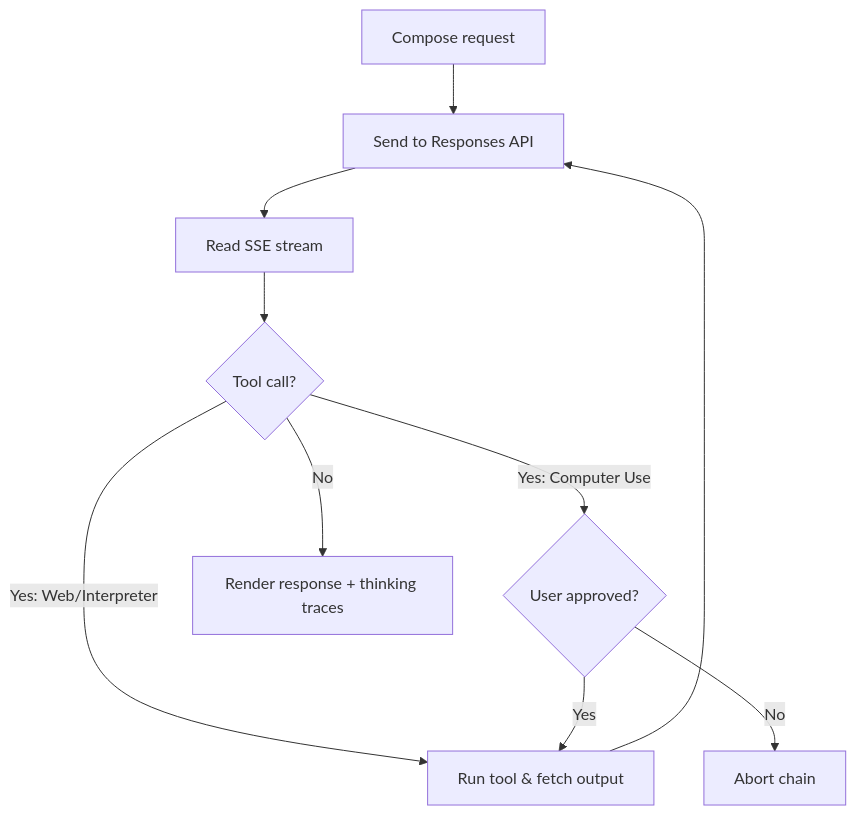
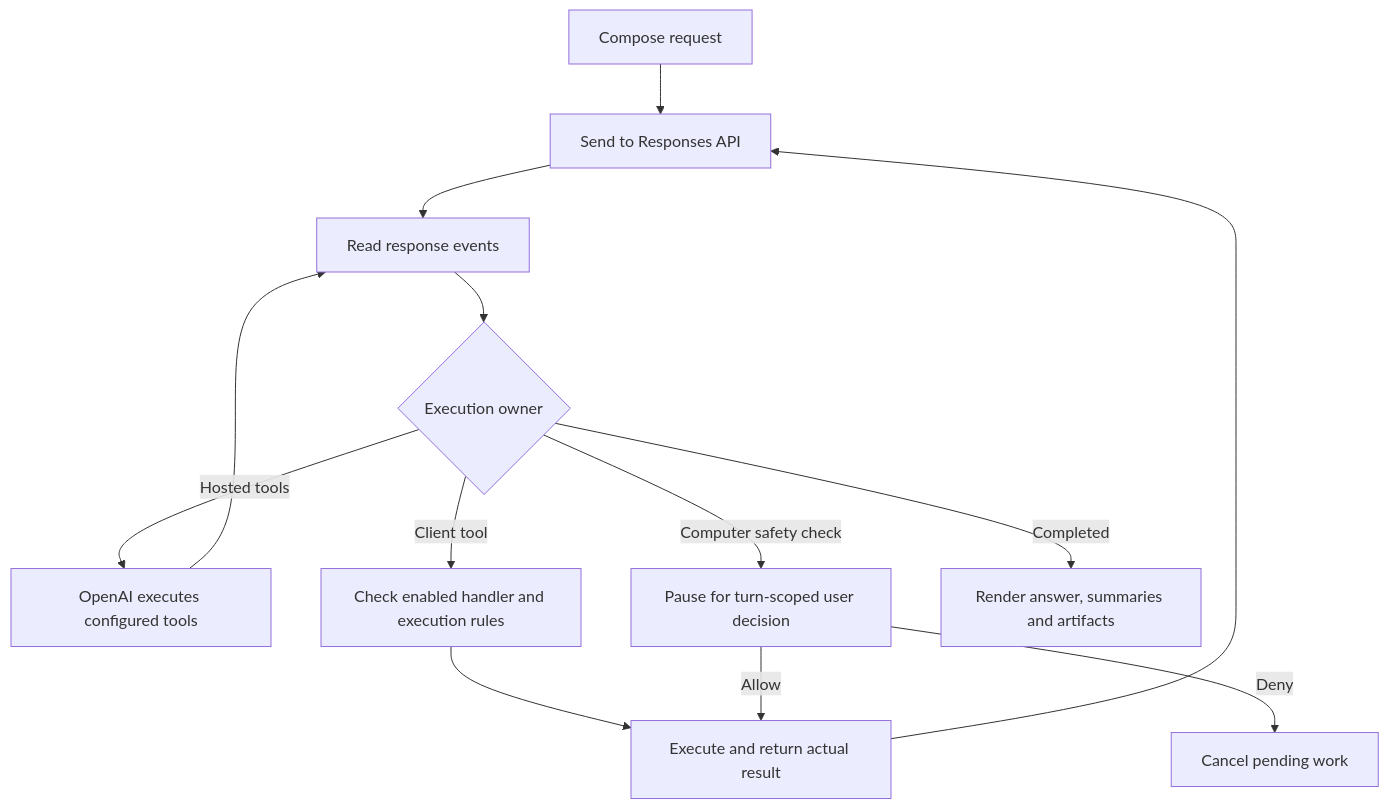
One commit to Gunnarguy/OpenResponses changed the first of 4 diagrams in README.md. Above: the diagram before and after it, drawn with Mermaid. The commit also changed other lines of this file and 122 other files, not shown here.

````diff
--- a/README.md
+++ b/README.md
@@ -69,10 +75,13 @@
 ```mermaid
 flowchart TD
     A[Compose request] --> B[Send to Responses API]
-    B --> C[Read SSE stream]
-    C --> D{Tool call?}
-    D -->|Yes: Web/Interpreter| E[Run tool & fetch output] --> B
-    D -->|Yes: Computer Use| F{User approved?} -->|Yes| E
-    F -->|No| G[Abort chain]
-    D -->|No| H[Render response + thinking traces]
+    B --> C[Read response events]
+    C --> D{Execution owner}
+    D -->|Hosted tools| E[OpenAI executes configured tools] --> C
+    D -->|Client tool| F[Check enabled handler and execution rules]
+    F --> G[Execute and return actual result] --> B
+    D -->|Computer safety check| S[Pause for turn-scoped user decision]
+    S -->|Allow| G
+    S -->|Deny| X[Cancel pending work]
+    D -->|Completed| H[Render answer, summaries and artifacts]
 ```
````
